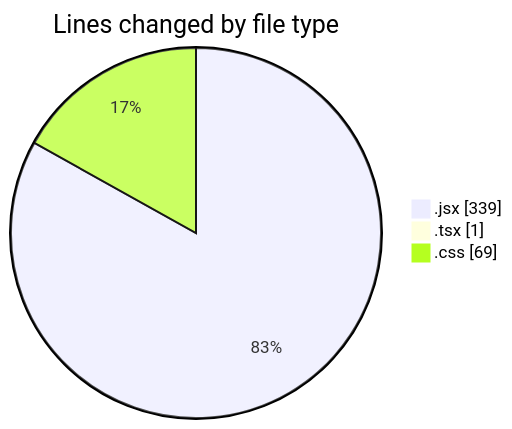
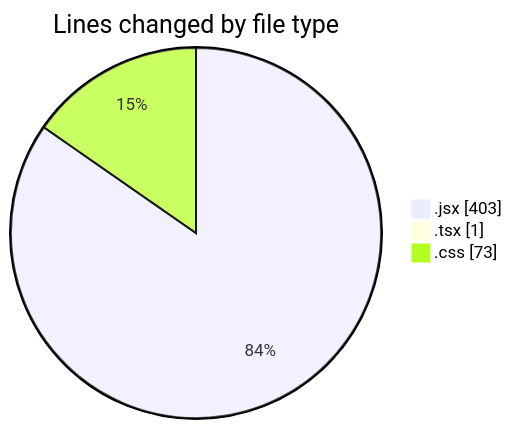
Before and after one commit to Elitesun/code-tracking: the first of 2 diagrams in 2025-02-10/react_ecom/README.md, drawn with Mermaid. The commit also changed other lines of this file and 1 other file, not shown here.

````diff
--- a/2025-02-10/react_ecom/README.md
+++ b/2025-02-10/react_ecom/README.md
@@ -29,7 +29,7 @@
 ```mermaid
 pie showData
 title Lines changed by file type
-".jsx" : 339
+".jsx" : 403
 ".tsx" : 1
-".css" : 69
+".css" : 73
 ```
````
